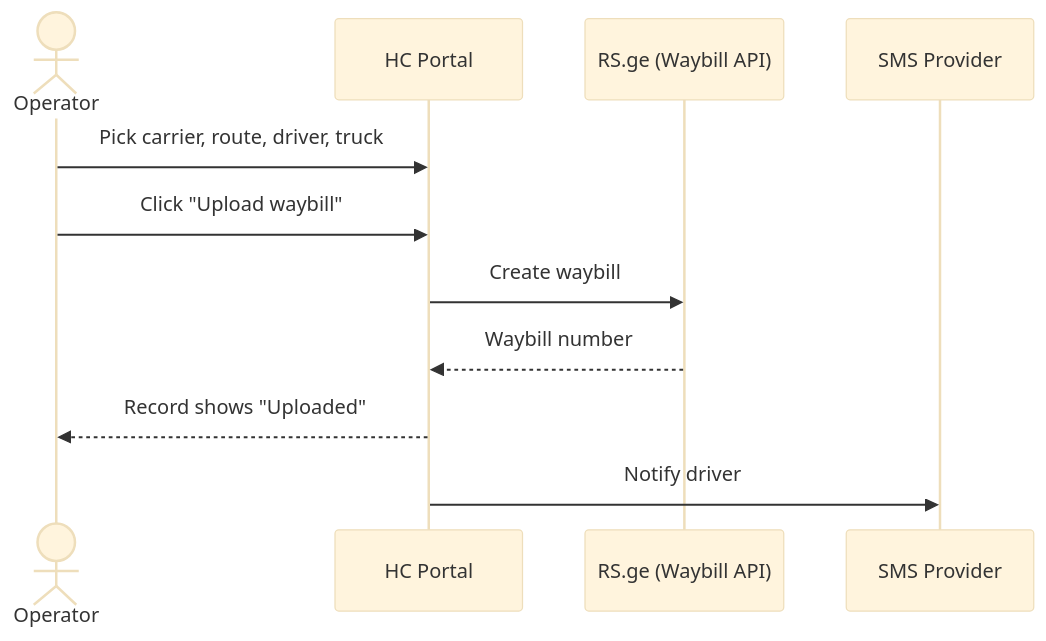
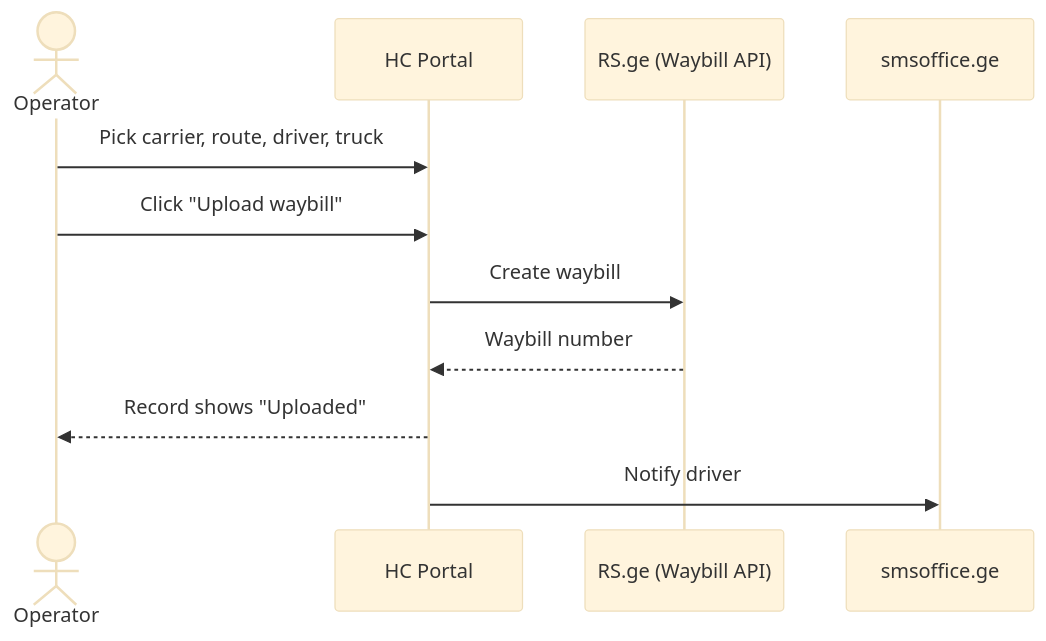
The first of 2 diagrams in README.md (nlortkipa/hc-waybills), drawn with Mermaid (base theme) before and after one commit. The commit also changed other lines of this file and 15 other files, not shown here.

First line of the commit message:
Send driver SMS through smsoffice.ge and track delivery

````diff
--- a/README.md
+++ b/README.md
@@ -7,14 +7,14 @@
 ```mermaid
 sequenceDiagram
     actor Op as Operator
     participant App as HC Portal
     participant RS as RS.ge (Waybill API)
-    participant SMS as SMS Provider
+    participant SMS as smsoffice.ge
 
     Op->>App: Pick carrier, route, driver, truck
     Op->>App: Click "Upload waybill"
     App->>RS: Create waybill
     RS-->>App: Waybill number
     App-->>Op: Record shows "Uploaded"
     App->>SMS: Notify driver
 ```
````
